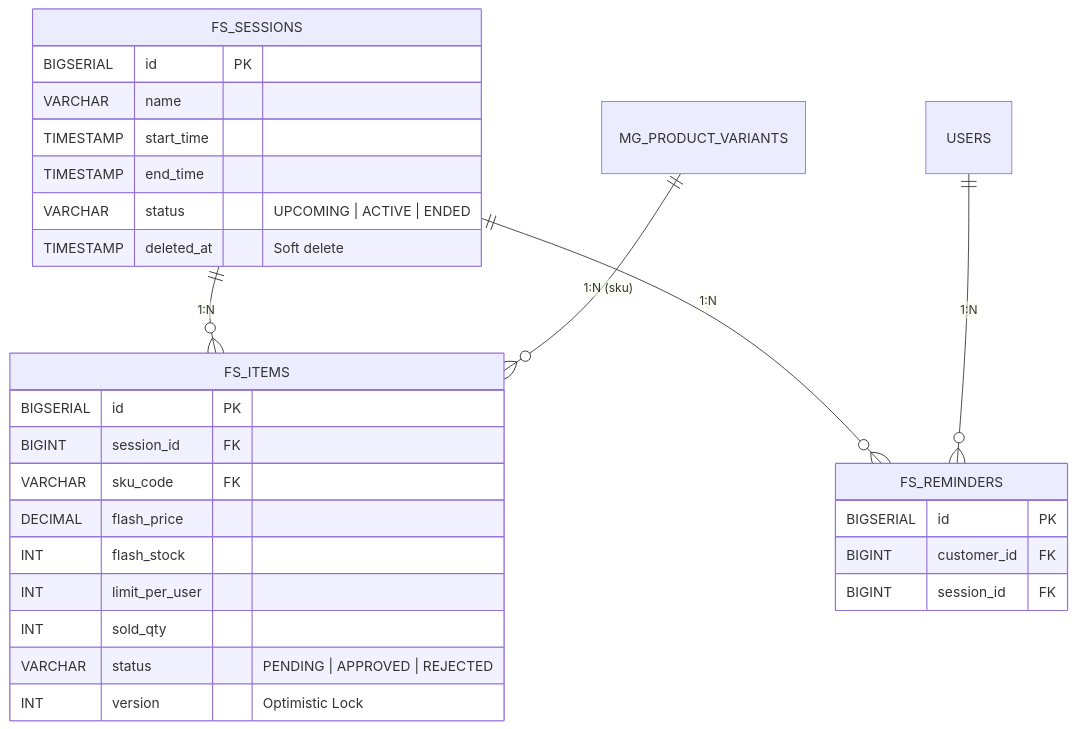
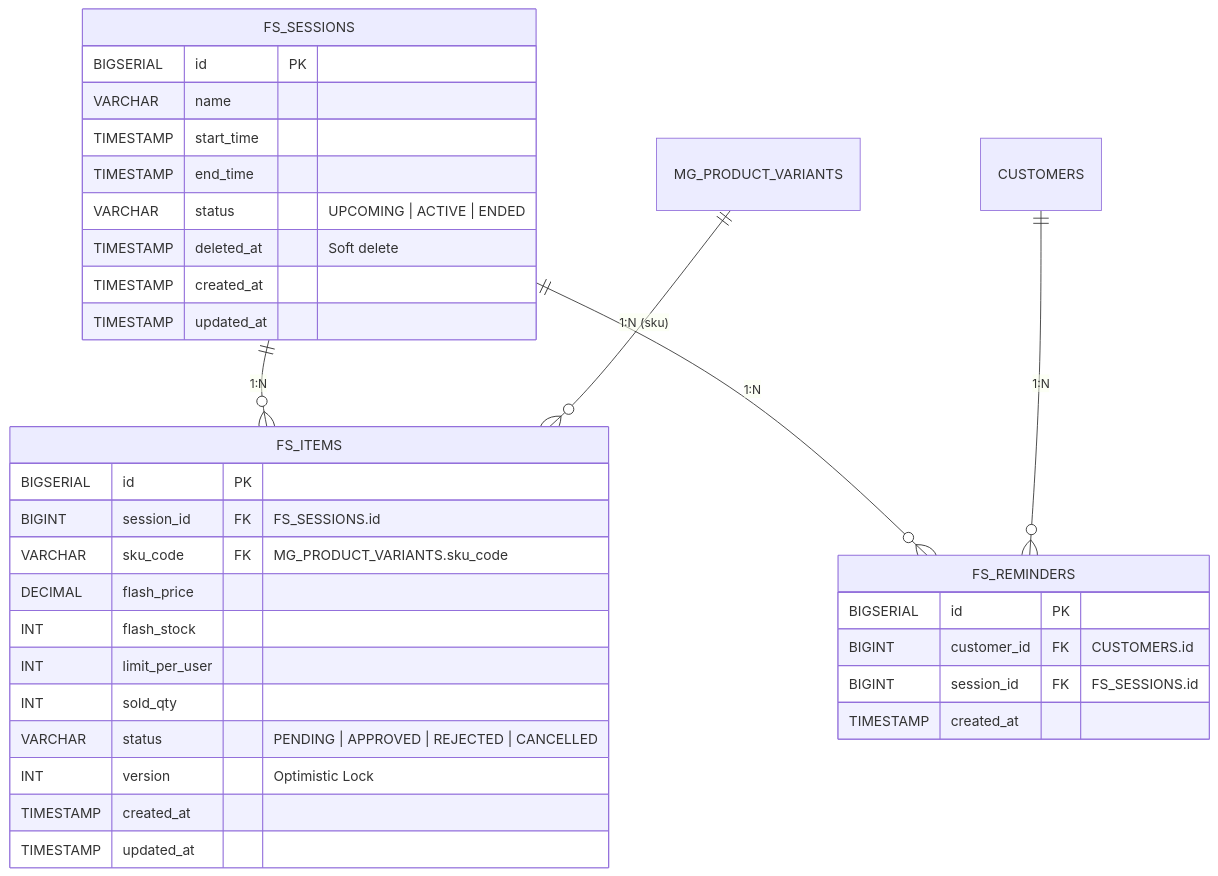
The fifth of 10 diagrams in docs/architecture/diagrams/01_erd_compact.md (ldqanh1408/stealing-from-paradise), drawn with Mermaid before and after one commit. The commit also changed other lines of this file and 21 other files, not shown here.

````diff
--- a/docs/architecture/diagrams/01_erd_compact.md
+++ b/docs/architecture/diagrams/01_erd_compact.md
@@ -211,34 +288,39 @@
 ```mermaid
 erDiagram
     FS_SESSIONS ||--o{ FS_ITEMS : "1:N"
     FS_SESSIONS ||--o{ FS_REMINDERS : "1:N"
-    USERS ||--o{ FS_REMINDERS : "1:N"
+    CUSTOMERS ||--o{ FS_REMINDERS : "1:N"
     MG_PRODUCT_VARIANTS ||--o{ FS_ITEMS : "1:N (sku)"
 
     FS_SESSIONS {
         BIGSERIAL id PK
         VARCHAR name
         TIMESTAMP start_time
         TIMESTAMP end_time
         VARCHAR status "UPCOMING | ACTIVE | ENDED"
         TIMESTAMP deleted_at "Soft delete"
+        TIMESTAMP created_at
+        TIMESTAMP updated_at
     }
 
     FS_ITEMS {
         BIGSERIAL id PK
-        BIGINT session_id FK
-        VARCHAR sku_code FK
+        BIGINT session_id FK "FS_SESSIONS.id"
+        VARCHAR sku_code FK "MG_PRODUCT_VARIANTS.sku_code"
         DECIMAL flash_price
         INT flash_stock
         INT limit_per_user
         INT sold_qty
-        VARCHAR status "PENDING | APPROVED | REJECTED"
+        VARCHAR status "PENDING | APPROVED | REJECTED | CANCELLED"
         INT version "Optimistic Lock"
+        TIMESTAMP created_at
+        TIMESTAMP updated_at
     }
 
     FS_REMINDERS {
         BIGSERIAL id PK
-        BIGINT customer_id FK
-        BIGINT session_id FK
+        BIGINT customer_id FK "CUSTOMERS.id"
+        BIGINT session_id FK "FS_SESSIONS.id"
+        TIMESTAMP created_at
     }
 ```
````
